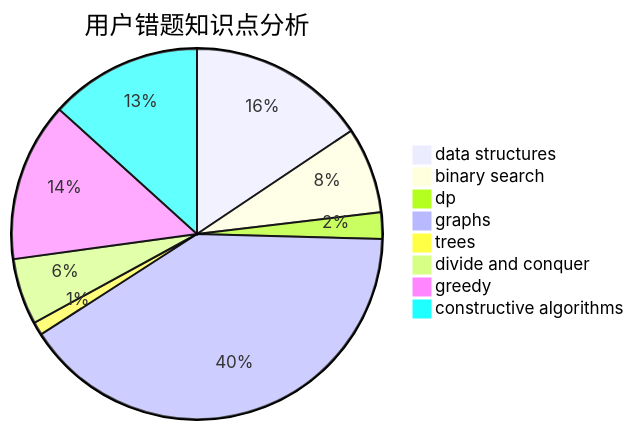
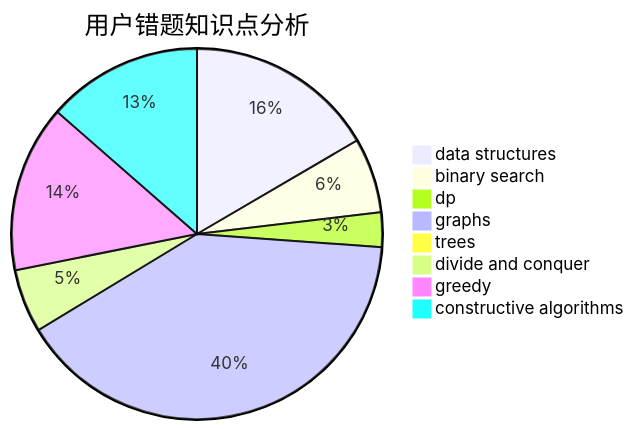
One commit to sherpahu/cfrs.github.io changed the third of 3 diagrams in docs/user/u2546.md. Above: the diagram before and after it, drawn with Mermaid. The commit also changed other lines of this file and 2770 other files, not shown here.

````diff
--- a/docs/user/u2546.md
+++ b/docs/user/u2546.md
@@ -36,11 +36,11 @@
 ```mermaid
 pie title 用户错题知识点分析
-    "data structures" :  27
+    "data structures" :  33
     "binary search" :  13
-    "dp" :  4
-    "graphs" :  70
+    "dp" :  6
+    "graphs" :  80
     "trees" :  2
-    "divide and conquer" :  10
-    "greedy" :  24
-    "constructive algorithms" :  23
+    "divide and conquer" :  11
+    "greedy" :  29
+    "constructive algorithms" :  27
 ```
````
